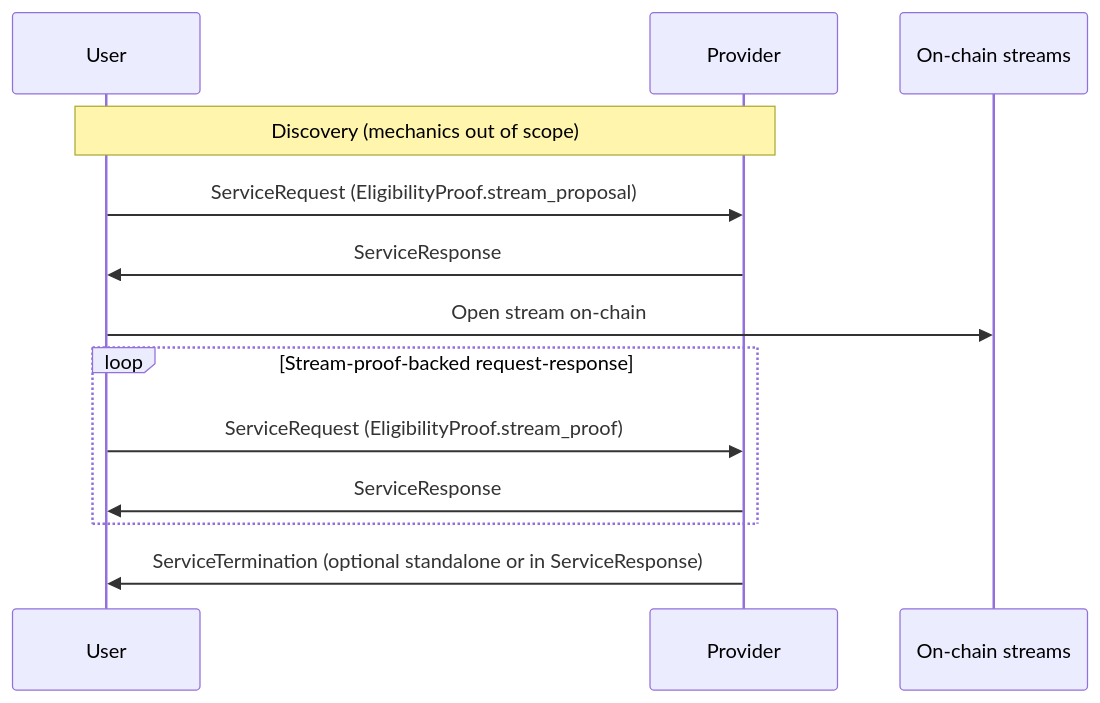
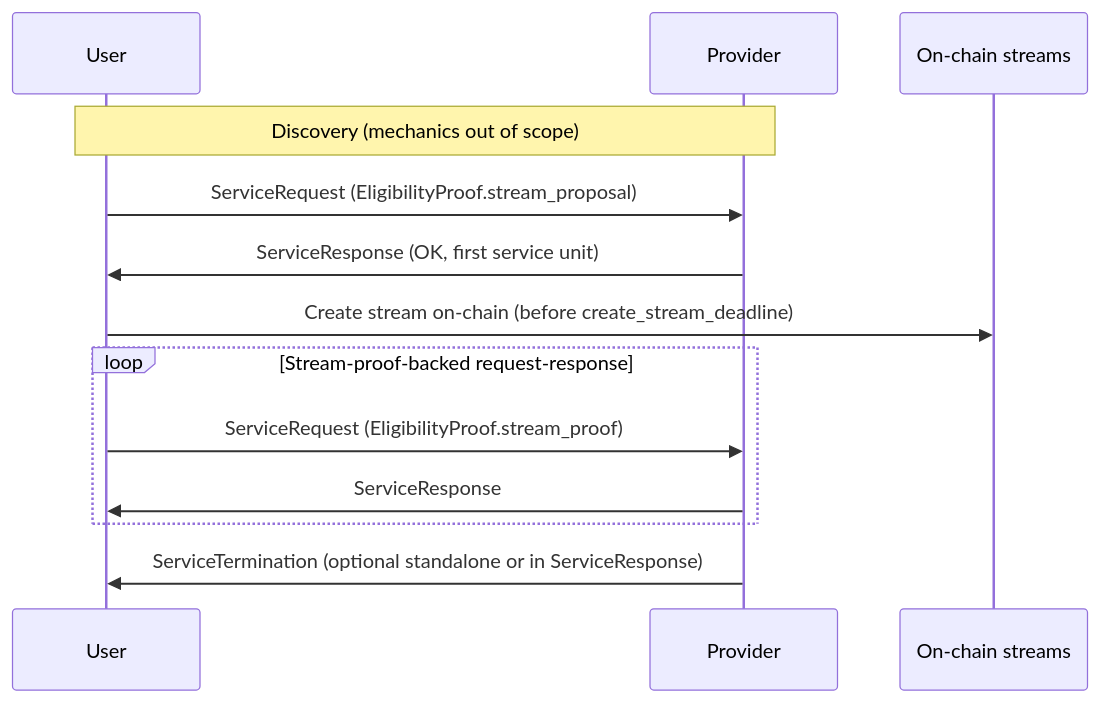
One commit to vacp2p/rfc-index changed the second of 2 diagrams in docs/anoncomms/raw/payment-streams.md. Above: the diagram before and after it, drawn with Mermaid. The commit also changed other lines of this file, not shown here.

````diff
--- a/docs/anoncomms/raw/payment-streams.md
+++ b/docs/anoncomms/raw/payment-streams.md
@@ -390,16 +400,16 @@
 ```mermaid
 sequenceDiagram
   participant User
   participant Provider
   participant Chain as On-chain streams
 
   Note over User,Provider: Discovery (mechanics out of scope)
   User->>Provider: ServiceRequest (EligibilityProof.stream_proposal)
-  Provider->>User: ServiceResponse
-  User->>Chain: Open stream on-chain
+  Provider->>User: ServiceResponse (OK, first service unit)
+  User->>Chain: Create stream on-chain (before create_stream_deadline)
   loop Stream-proof-backed request-response
     User->>Provider: ServiceRequest (EligibilityProof.stream_proof)
     Provider->>User: ServiceResponse
   end
   Provider->>User: ServiceTermination (optional standalone or in ServiceResponse)
 ```
````
